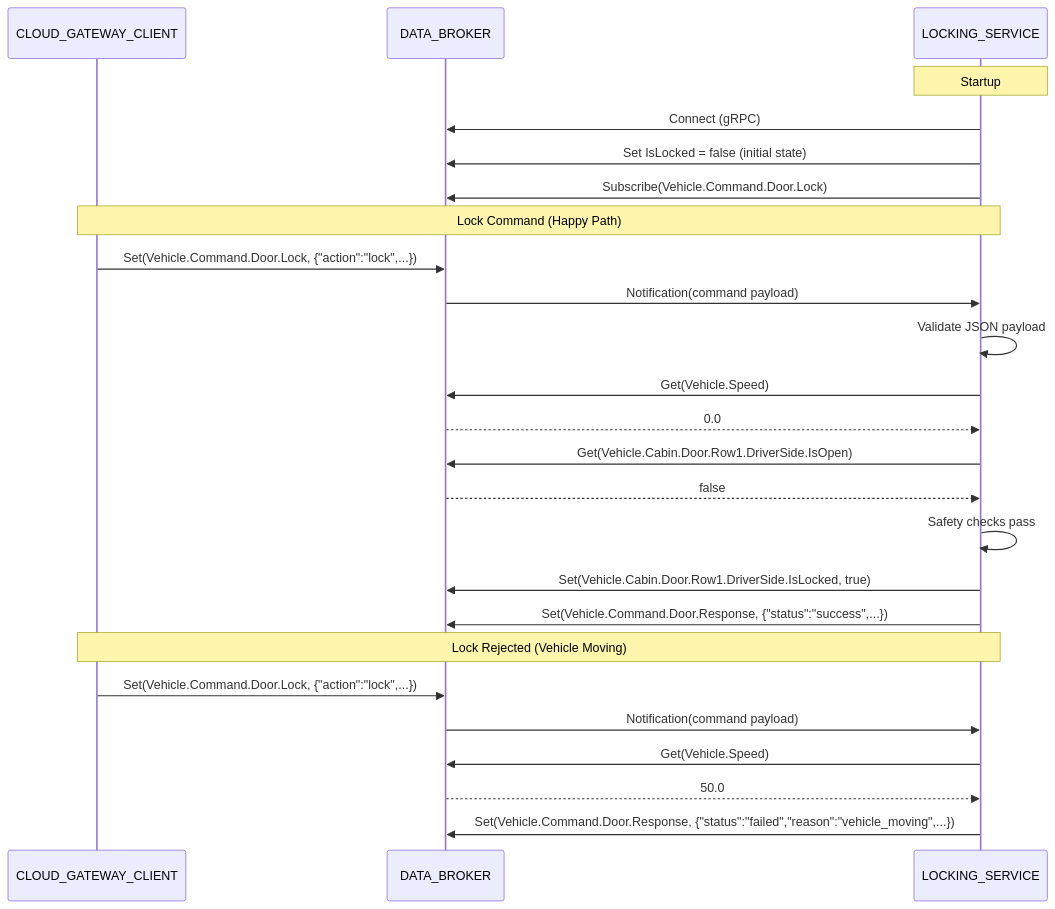
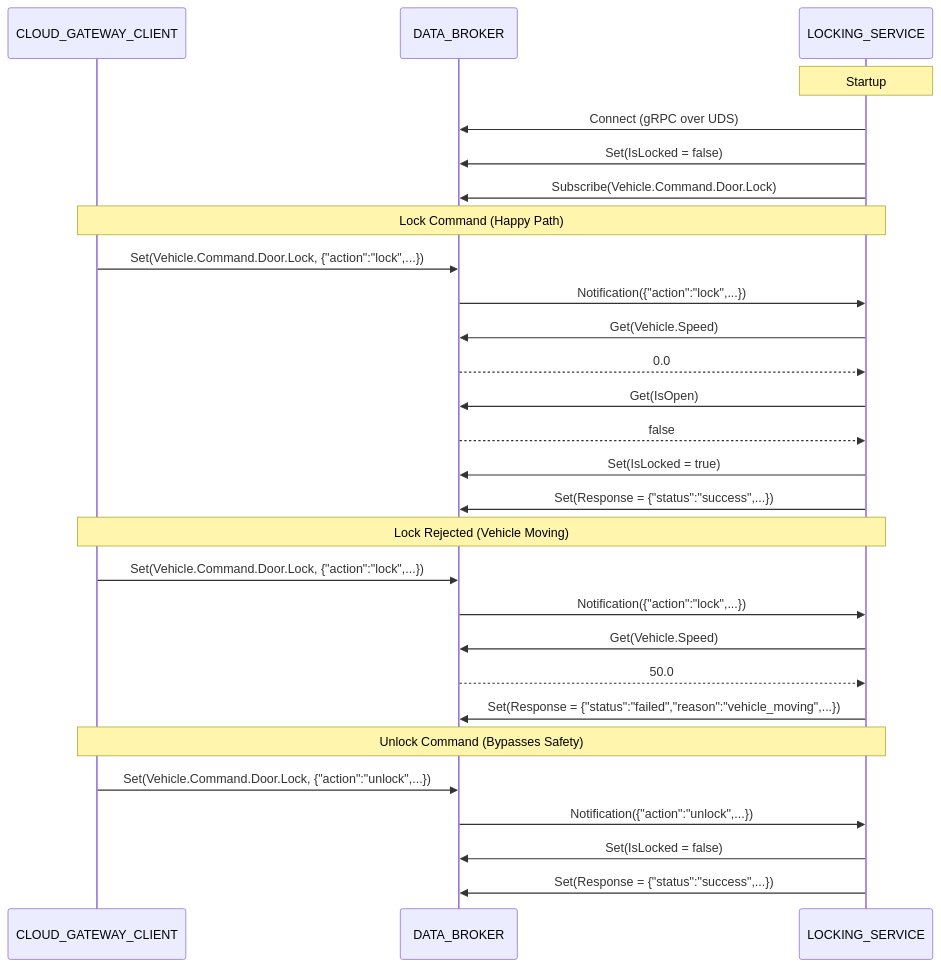
The second of 2 diagrams in .specs/03_locking_service/design.md (rhadp/parking-fee-service), drawn with Mermaid before and after one commit. The commit also changed other lines of this file and 35 other files, not shown here.

````diff
--- a/.specs/03_locking_service/design.md
+++ b/.specs/03_locking_service/design.md
@@ -34,30 +33,34 @@
 ```mermaid
 sequenceDiagram
     participant CGC as CLOUD_GATEWAY_CLIENT
     participant DB as DATA_BROKER
     participant LS as LOCKING_SERVICE
 
     Note over LS: Startup
-    LS->>DB: Connect (gRPC)
-    LS->>DB: Set IsLocked = false (initial state)
+    LS->>DB: Connect (gRPC over UDS)
+    LS->>DB: Set(IsLocked = false)
     LS->>DB: Subscribe(Vehicle.Command.Door.Lock)
 
     Note over CGC,LS: Lock Command (Happy Path)
     CGC->>DB: Set(Vehicle.Command.Door.Lock, {"action":"lock",...})
-    DB->>LS: Notification(command payload)
-    LS->>LS: Validate JSON payload
+    DB->>LS: Notification({"action":"lock",...})
     LS->>DB: Get(Vehicle.Speed)
     DB-->>LS: 0.0
-    LS->>DB: Get(Vehicle.Cabin.Door.Row1.DriverSide.IsOpen)
+    LS->>DB: Get(IsOpen)
     DB-->>LS: false
-    LS->>LS: Safety checks pass
-    LS->>DB: Set(Vehicle.Cabin.Door.Row1.DriverSide.IsLocked, true)
-    LS->>DB: Set(Vehicle.Command.Door.Response, {"status":"success",...})
+    LS->>DB: Set(IsLocked = true)
+    LS->>DB: Set(Response = {"status":"success",...})
 
     Note over CGC,LS: Lock Rejected (Vehicle Moving)
     CGC->>DB: Set(Vehicle.Command.Door.Lock, {"action":"lock",...})
-    DB->>LS: Notification(command payload)
+    DB->>LS: Notification({"action":"lock",...})
     LS->>DB: Get(Vehicle.Speed)
     DB-->>LS: 50.0
-    LS->>DB: Set(Vehicle.Command.Door.Response, {"status":"failed","reason":"vehicle_moving",...})
+    LS->>DB: Set(Response = {"status":"failed","reason":"vehicle_moving",...})
+
+    Note over CGC,LS: Unlock Command (Bypasses Safety)
+    CGC->>DB: Set(Vehicle.Command.Door.Lock, {"action":"unlock",...})
+    DB->>LS: Notification({"action":"unlock",...})
+    LS->>DB: Set(IsLocked = false)
+    LS->>DB: Set(Response = {"status":"success",...})
 ```
````
